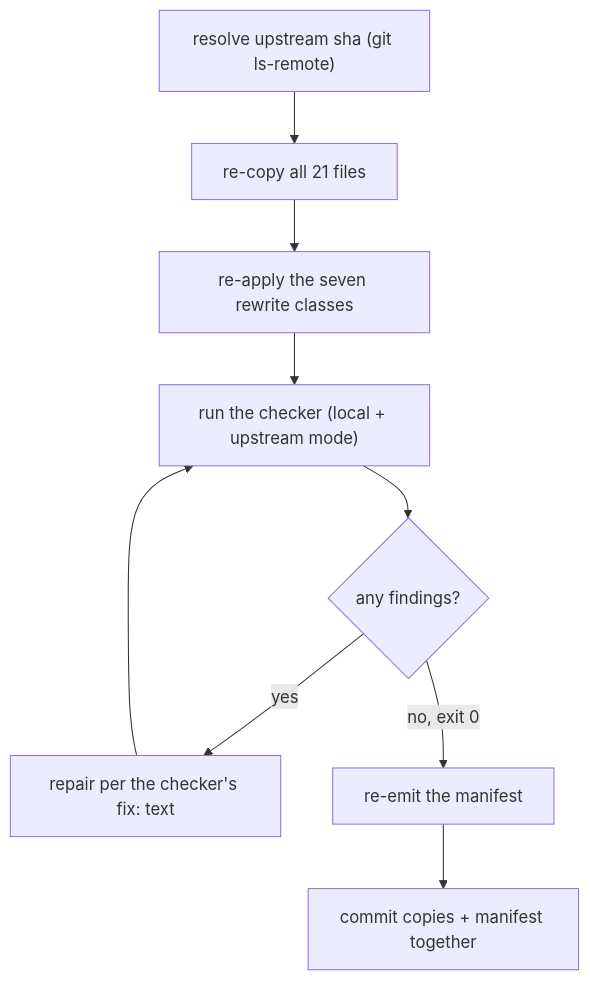
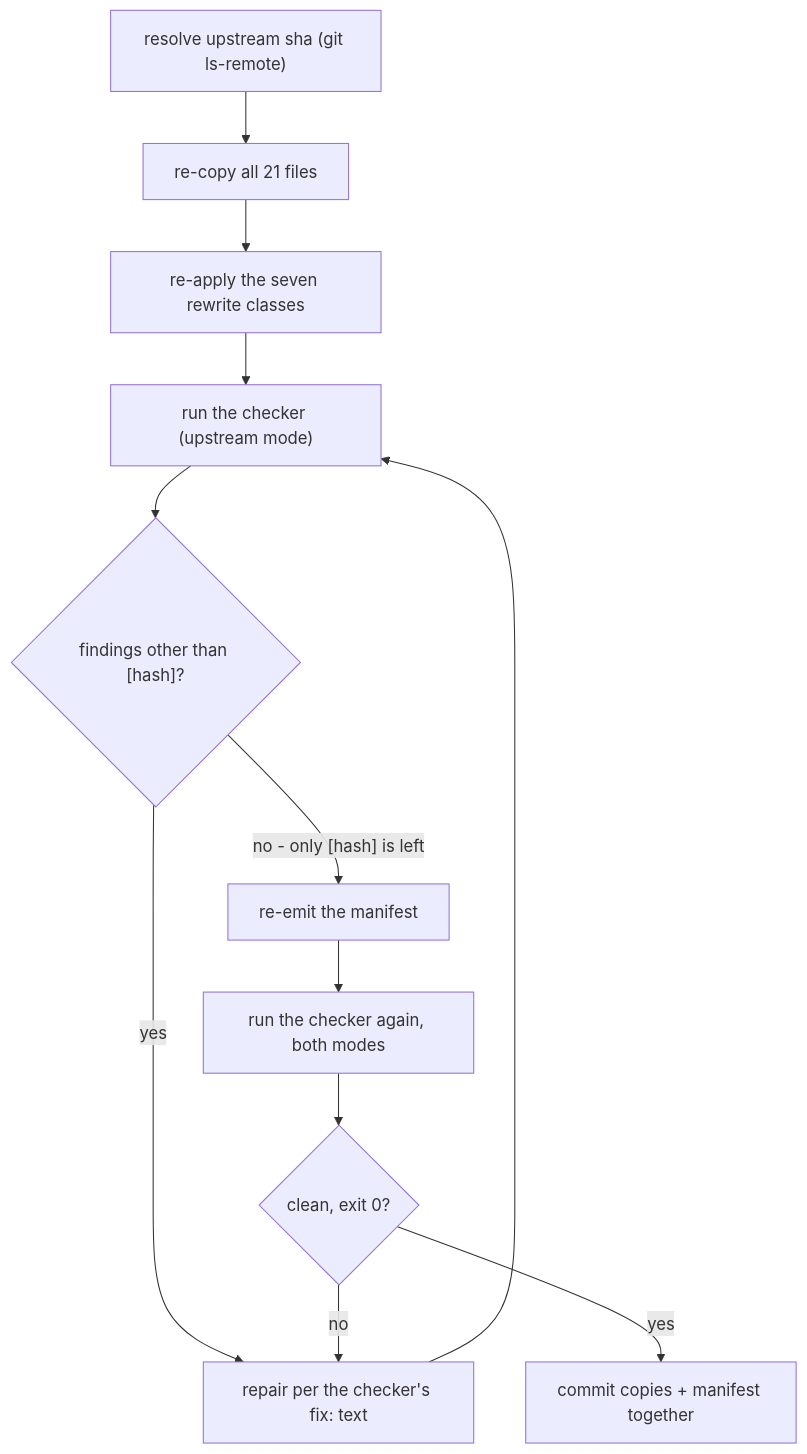
Before and after one commit to ThodsaphonSonthiphin/workflow-daily-work: the diagram in plugins/dev-workflows/references/resync-superpowers.md, drawn with Mermaid. The commit also changed other lines of this file and 4 other files, not shown here.

````diff
--- a/plugins/dev-workflows/references/resync-superpowers.md
+++ b/plugins/dev-workflows/references/resync-superpowers.md
@@ -3,11 +3,14 @@
 ```mermaid
 graph TD
     A["resolve upstream sha (git ls-remote)"] --> B["re-copy all 21 files"]
     B --> C["re-apply the seven rewrite classes"]
-    C --> D["run the checker (local + upstream mode)"]
-    D --> E{"any findings?"}
+    C --> D["run the checker (upstream mode)"]
+    D --> E{"findings other than [hash]?"}
     E -->|"yes"| F["repair per the checker's fix: text"]
     F --> D
-    E -->|"no, exit 0"| G["re-emit the manifest"]
-    G --> H["commit copies + manifest together"]
+    E -->|"no - only [hash] is left"| G["re-emit the manifest"]
+    G --> H["run the checker again, both modes"]
+    H --> I{"clean, exit 0?"}
+    I -->|"no"| F
+    I -->|"yes"| J["commit copies + manifest together"]
 ```
````
